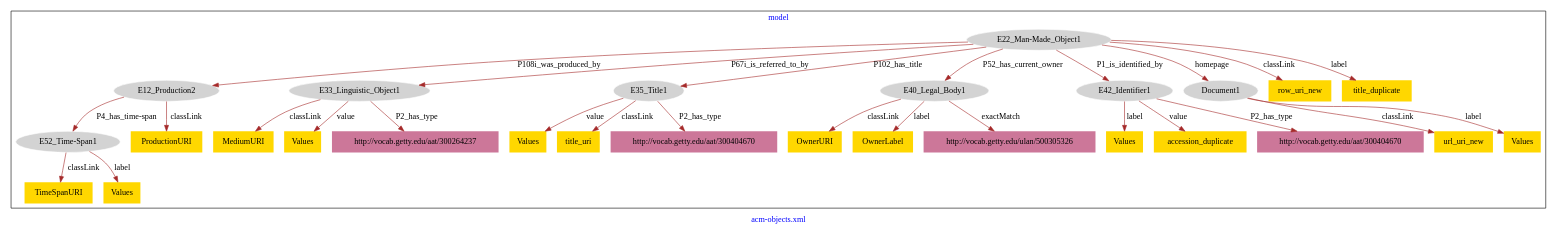
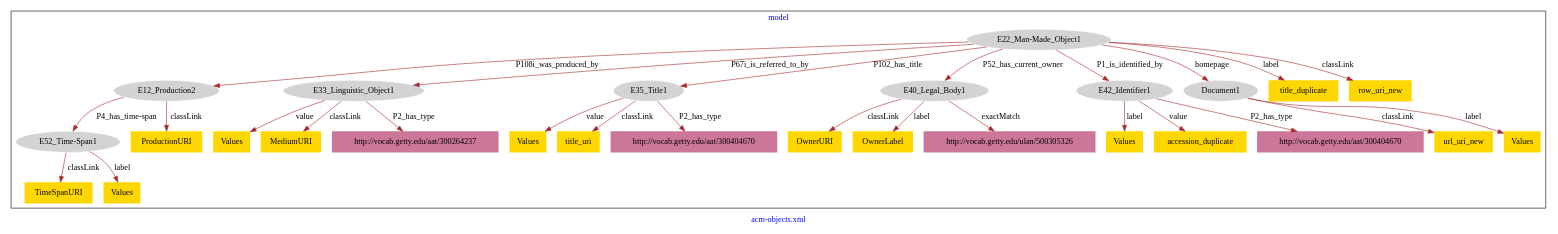
One commit to american-art/acm changed the diagram in acm-objects/acm-objects-model.dot. Above: the diagram before and after it, drawn with Graphviz.

Commit message:
Update file acm-objects-model.dot

```diff
--- a/acm-objects/acm-objects-model.dot
+++ b/acm-objects/acm-objects-model.dot
@@ -1,61 +1,61 @@
 digraph n0 {
 fontcolor="blue"
 remincross="true"
 label="acm-objects.xml"
 subgraph cluster {
 label="model"
 n2[style="filled",color="white",fillcolor="lightgray",label="E12_Production2"];
 n3[style="filled",color="white",fillcolor="lightgray",label="E52_Time-Span1"];
 n4[style="filled",color="white",fillcolor="lightgray",label="E22_Man-Made_Object1"];
 n5[style="filled",color="white",fillcolor="lightgray",label="E33_Linguistic_Object1"];
 n6[style="filled",color="white",fillcolor="lightgray",label="E35_Title1"];
 n7[style="filled",color="white",fillcolor="lightgray",label="E40_Legal_Body1"];
 n8[style="filled",color="white",fillcolor="lightgray",label="E42_Identifier1"];
 n9[style="filled",color="white",fillcolor="lightgray",label="Document1"];
 n10[shape="plaintext",style="filled",fillcolor="gold",label="Values"];
-n11[shape="plaintext",style="filled",fillcolor="gold",label="title_uri"];
-n12[shape="plaintext",style="filled",fillcolor="gold",label="row_uri_new"];
-n13[shape="plaintext",style="filled",fillcolor="gold",label="url_uri_new"];
-n14[shape="plaintext",style="filled",fillcolor="gold",label="MediumURI"];
-n15[shape="plaintext",style="filled",fillcolor="gold",label="Values"];
-n16[shape="plaintext",style="filled",fillcolor="gold",label="OwnerURI"];
-n17[shape="plaintext",style="filled",fillcolor="gold",label="ProductionURI"];
-n18[shape="plaintext",style="filled",fillcolor="gold",label="accession_duplicate"];
+n11[shape="plaintext",style="filled",fillcolor="gold",label="TimeSpanURI"];
+n12[shape="plaintext",style="filled",fillcolor="gold",label="ProductionURI"];
+n13[shape="plaintext",style="filled",fillcolor="gold",label="OwnerURI"];
+n14[shape="plaintext",style="filled",fillcolor="gold",label="title_duplicate"];
+n15[shape="plaintext",style="filled",fillcolor="gold",label="row_uri_new"];
+n16[shape="plaintext",style="filled",fillcolor="gold",label="accession_duplicate"];
+n17[shape="plaintext",style="filled",fillcolor="gold",label="Values"];
+n18[shape="plaintext",style="filled",fillcolor="gold",label="Values"];
 n19[shape="plaintext",style="filled",fillcolor="gold",label="Values"];
 n20[shape="plaintext",style="filled",fillcolor="gold",label="OwnerLabel"];
-n21[shape="plaintext",style="filled",fillcolor="gold",label="TimeSpanURI"];
-n22[shape="plaintext",style="filled",fillcolor="gold",label="Values"];
-n23[shape="plaintext",style="filled",fillcolor="gold",label="Values"];
-n24[shape="plaintext",style="filled",fillcolor="gold",label="title_duplicate"];
+n21[shape="plaintext",style="filled",fillcolor="gold",label="title_uri"];
+n22[shape="plaintext",style="filled",fillcolor="gold",label="MediumURI"];
+n23[shape="plaintext",style="filled",fillcolor="gold",label="url_uri_new"];
+n24[shape="plaintext",style="filled",fillcolor="gold",label="Values"];
 n25[shape="plaintext",style="filled",fillcolor="#CC7799",label="http://vocab.getty.edu/aat/300404670"];
 n26[shape="plaintext",style="filled",fillcolor="#CC7799",label="http://vocab.getty.edu/ulan/500305326"];
-n27[shape="plaintext",style="filled",fillcolor="#CC7799",label="http://vocab.getty.edu/aat/300264237"];
-n28[shape="plaintext",style="filled",fillcolor="#CC7799",label="http://vocab.getty.edu/aat/300404670"];
+n27[shape="plaintext",style="filled",fillcolor="#CC7799",label="http://vocab.getty.edu/aat/300404670"];
+n28[shape="plaintext",style="filled",fillcolor="#CC7799",label="http://vocab.getty.edu/aat/300264237"];
 }
 n2 -> n3[color="brown",fontcolor="black",label="P4_has_time-span"]
 n4 -> n2[color="brown",fontcolor="black",label="P108i_was_produced_by"]
 n4 -> n5[color="brown",fontcolor="black",label="P67i_is_referred_to_by"]
 n4 -> n6[color="brown",fontcolor="black",label="P102_has_title"]
 n4 -> n7[color="brown",fontcolor="black",label="P52_has_current_owner"]
 n4 -> n8[color="brown",fontcolor="black",label="P1_is_identified_by"]
 n4 -> n9[color="brown",fontcolor="black",label="homepage"]
-n6 -> n10[color="brown",fontcolor="black",label="value"]
-n6 -> n11[color="brown",fontcolor="black",label="classLink"]
-n4 -> n12[color="brown",fontcolor="black",label="classLink"]
-n9 -> n13[color="brown",fontcolor="black",label="classLink"]
-n5 -> n14[color="brown",fontcolor="black",label="classLink"]
-n8 -> n15[color="brown",fontcolor="black",label="label"]
-n7 -> n16[color="brown",fontcolor="black",label="classLink"]
-n2 -> n17[color="brown",fontcolor="black",label="classLink"]
-n8 -> n18[color="brown",fontcolor="black",label="value"]
-n9 -> n19[color="brown",fontcolor="black",label="label"]
+n8 -> n10[color="brown",fontcolor="black",label="label"]
+n3 -> n11[color="brown",fontcolor="black",label="classLink"]
+n2 -> n12[color="brown",fontcolor="black",label="classLink"]
+n7 -> n13[color="brown",fontcolor="black",label="classLink"]
+n4 -> n14[color="brown",fontcolor="black",label="label"]
+n4 -> n15[color="brown",fontcolor="black",label="classLink"]
+n8 -> n16[color="brown",fontcolor="black",label="value"]
+n5 -> n17[color="brown",fontcolor="black",label="value"]
+n6 -> n18[color="brown",fontcolor="black",label="value"]
+n3 -> n19[color="brown",fontcolor="black",label="label"]
 n7 -> n20[color="brown",fontcolor="black",label="label"]
-n3 -> n21[color="brown",fontcolor="black",label="classLink"]
-n5 -> n22[color="brown",fontcolor="black",label="value"]
-n3 -> n23[color="brown",fontcolor="black",label="label"]
-n4 -> n24[color="brown",fontcolor="black",label="label"]
+n6 -> n21[color="brown",fontcolor="black",label="classLink"]
+n5 -> n22[color="brown",fontcolor="black",label="classLink"]
+n9 -> n23[color="brown",fontcolor="black",label="classLink"]
+n9 -> n24[color="brown",fontcolor="black",label="label"]
 n6 -> n25[color="brown",fontcolor="black",label="P2_has_type"]
 n7 -> n26[color="brown",fontcolor="black",label="exactMatch"]
-n5 -> n27[color="brown",fontcolor="black",label="P2_has_type"]
-n8 -> n28[color="brown",fontcolor="black",label="P2_has_type"]
+n8 -> n27[color="brown",fontcolor="black",label="P2_has_type"]
+n5 -> n28[color="brown",fontcolor="black",label="P2_has_type"]
 }
```
